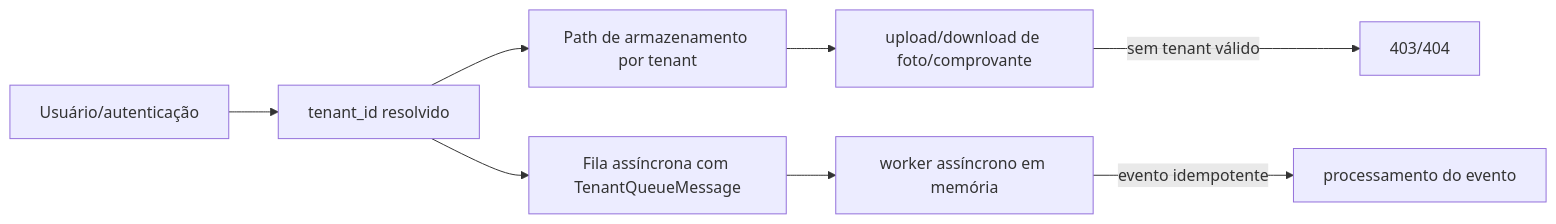
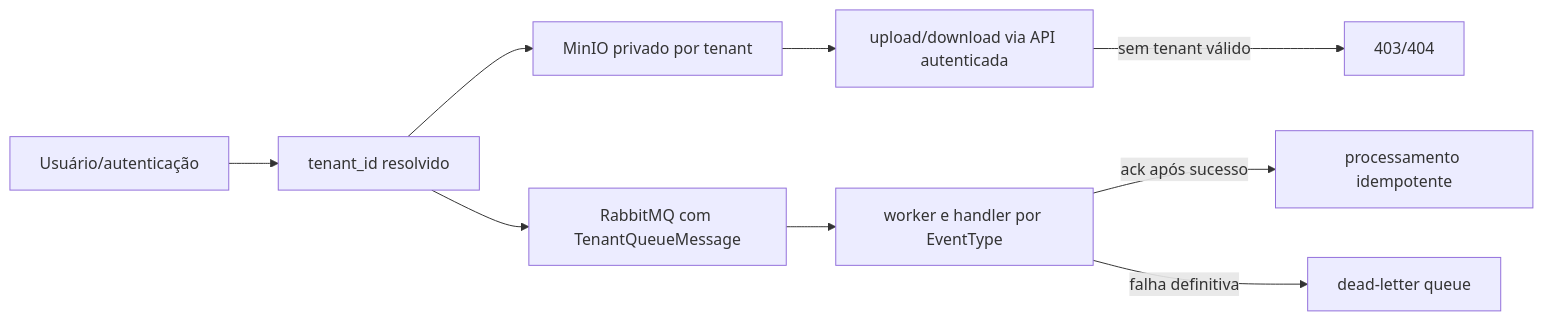
One commit to ronaldocestrela/lavaway changed the third of 5 diagrams in docs/living-docs/modelo-dominio-dados-1.1.md. Above: the diagram before and after it, drawn with Mermaid. The commit also changed other lines of this file and 30 other files, not shown here.

First line of the commit message:
feat: integrate RabbitMQ and MinIO for tenant storage and background processing

````diff
--- a/docs/living-docs/modelo-dominio-dados-1.1.md
+++ b/docs/living-docs/modelo-dominio-dados-1.1.md
@@ -133,10 +135,11 @@
 ```mermaid
 flowchart LR
     U[Usuário/autenticação] --> T[tenant_id resolvido]
-    T --> S[Path de armazenamento por tenant]
-    T --> Q[Fila assíncrona com TenantQueueMessage]
-    S --> A[upload/download de foto/comprovante]
-    Q --> W[worker assíncrono em memória]
+    T --> S[MinIO privado por tenant]
+    T --> Q[RabbitMQ com TenantQueueMessage]
+    S --> A[upload/download via API autenticada]
+    Q --> W[worker e handler por EventType]
     A -->|sem tenant válido| E[403/404]
-    W -->|evento idempotente| P[processamento do evento]
+    W -->|ack após sucesso| P[processamento idempotente]
+    W -->|falha definitiva| D[dead-letter queue]
 ```
````
